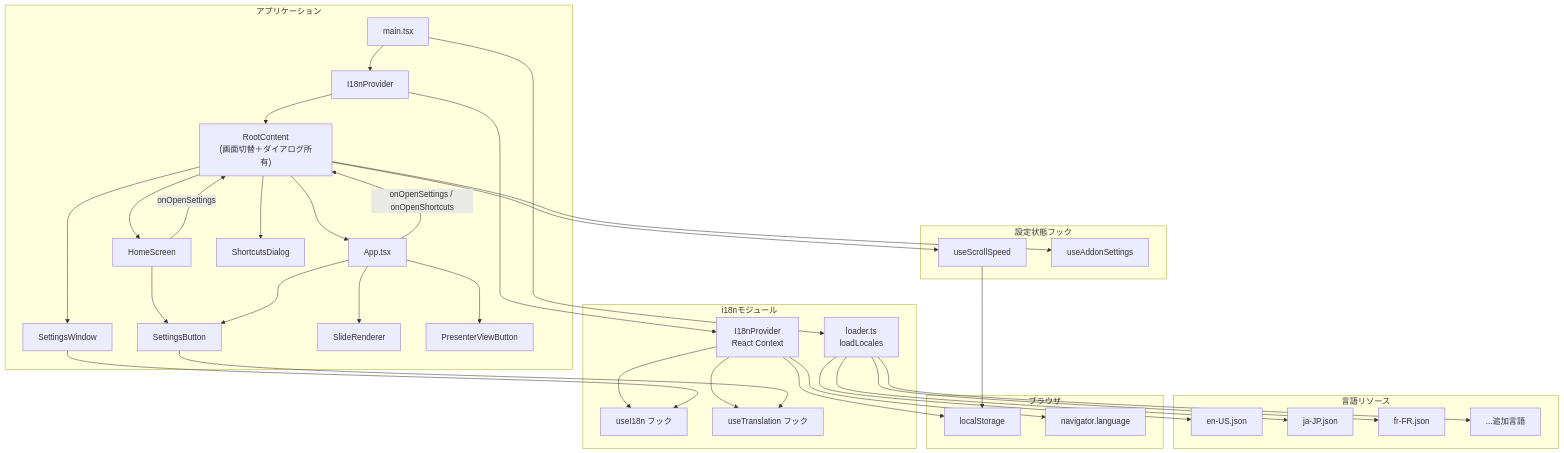
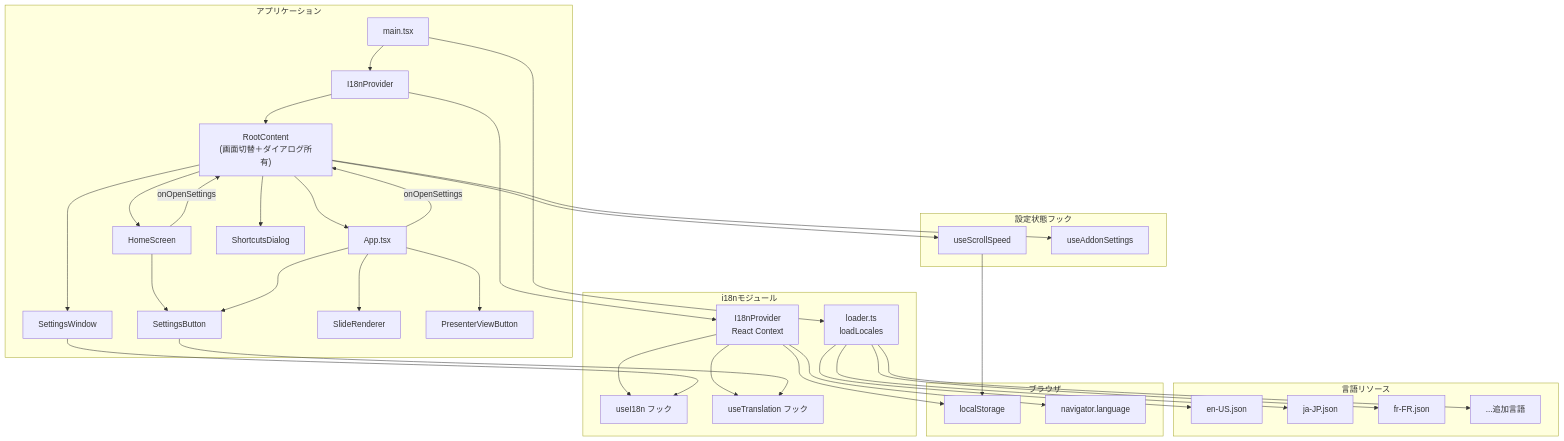
The diagram in .sdd/specification/language-settings_design.md (ToshikiImagawa/slide-presentation-app), drawn with Mermaid before and after one commit. The commit also changed other lines of this file and 23 other files, not shown here.

````diff
--- a/.sdd/specification/language-settings_design.md
+++ b/.sdd/specification/language-settings_design.md
@@ -81,67 +81,67 @@
 ```mermaid
 graph TD
     subgraph "アプリケーション"
         Main[main.tsx]
         RootContent["RootContent<br/>(画面切替＋ダイアログ所有)"]
         HomeScreen[HomeScreen]
         App[App.tsx]
         I18nProvider[I18nProvider]
         SettingsButton[SettingsButton]
         SettingsWindow[SettingsWindow]
         ShortcutsDialog[ShortcutsDialog]
         SlideRenderer[SlideRenderer]
         PresenterViewButton[PresenterViewButton]
     end
 
     subgraph "設定状態フック"
         UseScrollSpeed[useScrollSpeed]
         UseAddonSettings[useAddonSettings]
     end
 
     subgraph "i18nモジュール"
         Loader[loader.ts<br/>loadLocales]
         Provider[I18nProvider<br/>React Context]
         UseI18n[useI18n フック]
         UseTranslation[useTranslation フック]
     end
 
     subgraph "言語リソース"
         EnUS[en-US.json]
         JaJP[ja-JP.json]
         FrFR[fr-FR.json]
         OtherLocales[...追加言語]
     end
 
     subgraph "ブラウザ"
         LocalStorage[localStorage]
         NavLang[navigator.language]
     end
 
     Main --> Loader
     Loader --> EnUS
     Loader --> JaJP
     Loader --> FrFR
     Loader --> OtherLocales
     Main --> I18nProvider
     I18nProvider --> Provider
     Provider --> UseI18n
     Provider --> UseTranslation
     I18nProvider --> RootContent
     RootContent --> HomeScreen
     RootContent --> App
     RootContent --> SettingsWindow
     RootContent --> ShortcutsDialog
     RootContent --> UseScrollSpeed
     RootContent --> UseAddonSettings
     HomeScreen -- onOpenSettings --> RootContent
-    App -- "onOpenSettings / onOpenShortcuts" --> RootContent
+    App -- onOpenSettings --> RootContent
     HomeScreen --> SettingsButton
     App --> SettingsButton
     App --> SlideRenderer
     App --> PresenterViewButton
     SettingsButton --> UseTranslation
     SettingsWindow --> UseI18n
     Provider --> LocalStorage
     Provider --> NavLang
     UseScrollSpeed --> LocalStorage
 ```
````
